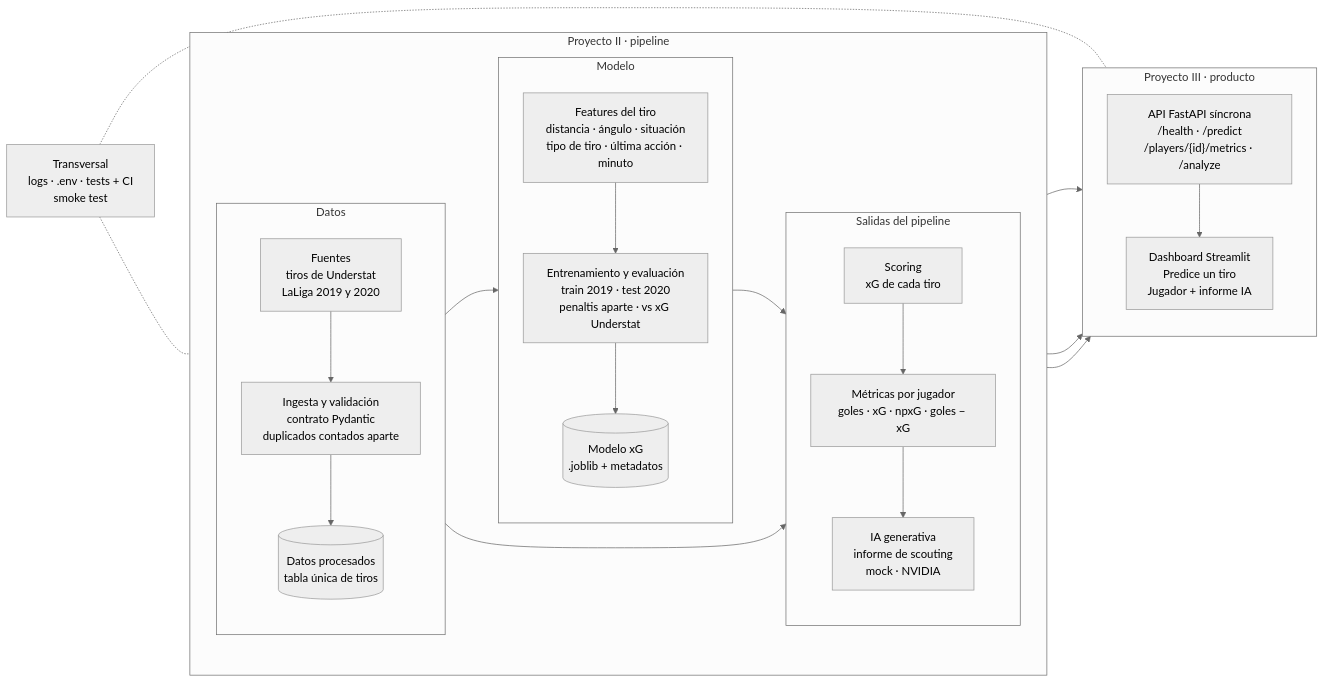
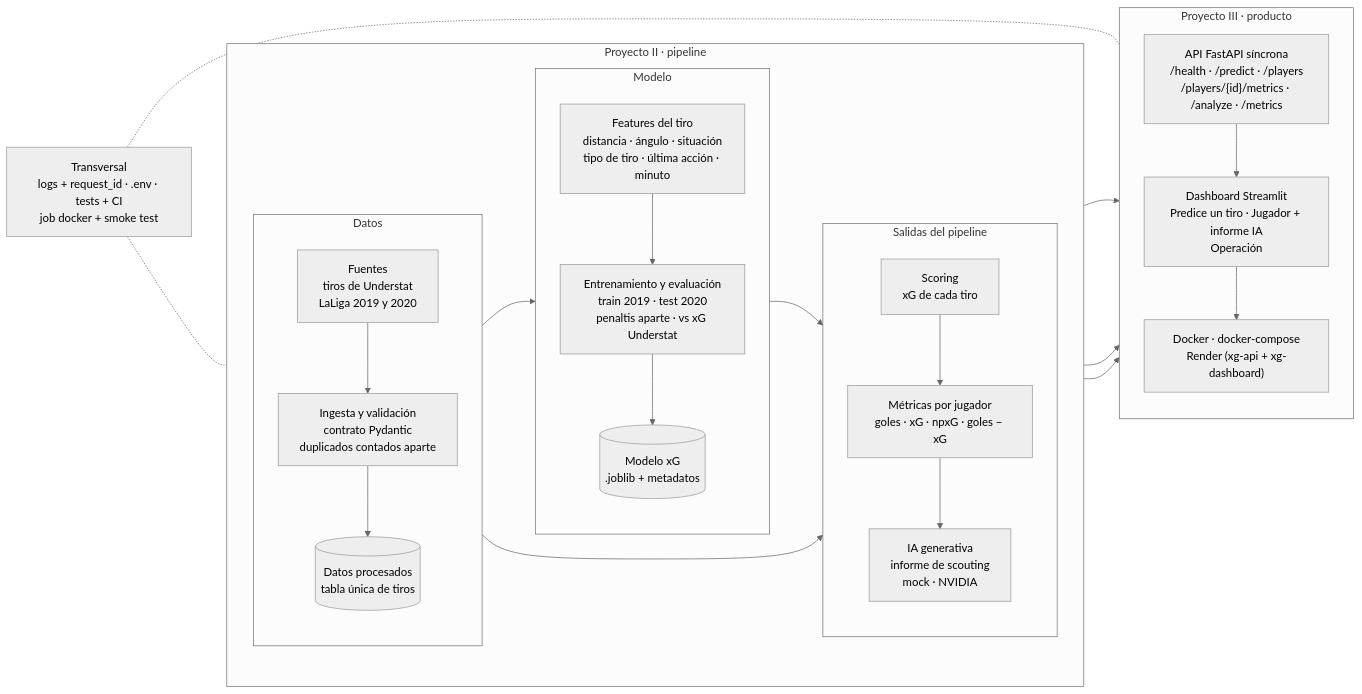
One commit to carlosagustii/dsia-26-27-agusti-carlos changed the diagram in docs/ARQUITECTURA.md. Above: the diagram before and after it, drawn with Mermaid (neutral theme). The commit also changed other lines of this file, not shown here.

````diff
--- a/docs/ARQUITECTURA.md
+++ b/docs/ARQUITECTURA.md
@@ -38,34 +38,35 @@
 ```mermaid
 flowchart LR
   subgraph P2["Proyecto II · pipeline"]
     direction LR
     subgraph DATOS["Datos"]
       direction TB
       F["Fuentes<br/>tiros de Understat<br/>LaLiga 2019 y 2020"] --> I["Ingesta y validación<br/>contrato Pydantic<br/>duplicados contados aparte"] --> D[("Datos procesados<br/>tabla única de tiros")]
     end
     subgraph MODELO["Modelo"]
       direction TB
       FE["Features del tiro<br/>distancia · ángulo · situación<br/>tipo de tiro · última acción · minuto"] --> T["Entrenamiento y evaluación<br/>train 2019 · test 2020<br/>penaltis aparte · vs xG Understat"] --> M[("Modelo xG<br/>.joblib + metadatos")]
     end
     subgraph SALIDAS["Salidas del pipeline"]
       direction TB
       S["Scoring<br/>xG de cada tiro"] --> P["Métricas por jugador<br/>goles · xG · npxG · goles − xG"] --> G["IA generativa<br/>informe de scouting<br/>mock · NVIDIA"]
     end
   end
 
   subgraph P3["Proyecto III · producto"]
     direction TB
-    A["API FastAPI síncrona<br/>/health · /predict<br/>/players/{id}/metrics · /analyze"] --> C["Dashboard Streamlit<br/>Predice un tiro<br/>Jugador + informe IA"]
+    A["API FastAPI síncrona<br/>/health · /predict · /players<br/>/players/{id}/metrics · /analyze · /metrics"] --> C["Dashboard Streamlit<br/>Predice un tiro · Jugador + informe IA<br/>Operación"]
+    C --> R["Docker · docker-compose<br/>Render (xg-api + xg-dashboard)"]
   end
 
-  X["Transversal<br/>logs · .env · tests + CI<br/>smoke test"]
+  X["Transversal<br/>logs + request_id · .env · tests + CI<br/>job docker + smoke test"]
 
   D --> FE
   M --> S
   D --> S
   M --> A
   P --> A
   G --> A
   X -.- P2
   X -.- P3
 ```
````
